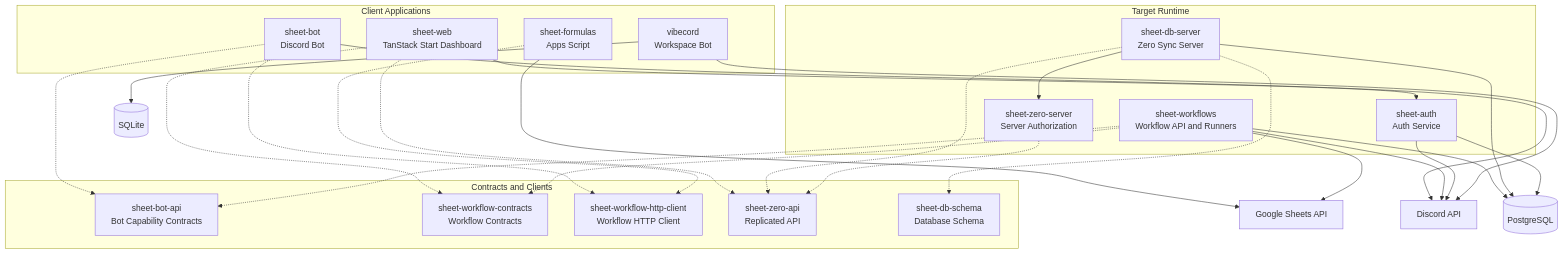
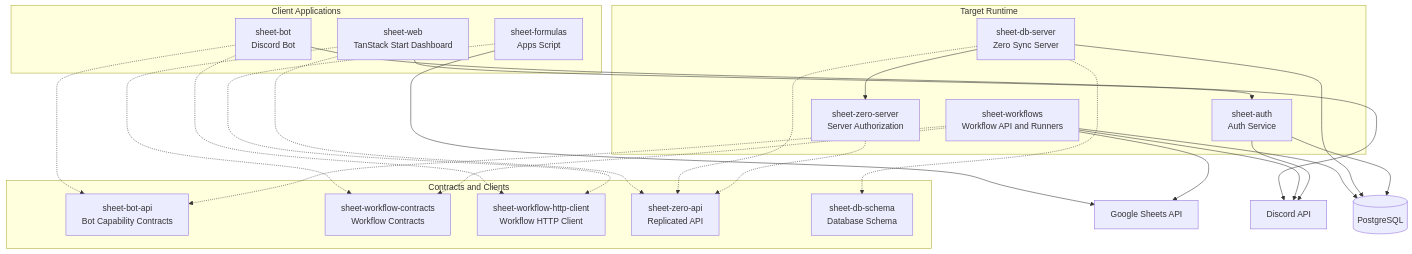
One commit to tiara-stack/tiara-stack changed the diagram in README.md. Above: the diagram before and after it, drawn with Mermaid. The commit also changed other lines of this file and 141 other files, not shown here.

````diff
--- a/README.md
+++ b/README.md
@@ -8,52 +8,48 @@
 ```mermaid
 flowchart TB
     subgraph Clients["Client Applications"]
         Web["sheet-web<br/>TanStack Start Dashboard"]
         Bot["sheet-bot<br/>Discord Bot"]
         Formulas["sheet-formulas<br/>Apps Script"]
-        VibeCord["vibecord<br/>Workspace Bot"]
     end
 
     subgraph Runtime["Target Runtime"]
         Auth["sheet-auth<br/>Auth Service"]
         Workflows["sheet-workflows<br/>Workflow API and Runners"]
         Db["sheet-db-server<br/>Zero Sync Server"]
         ZeroServer["sheet-zero-server<br/>Server Authorization"]
     end
 
     subgraph Contracts["Contracts and Clients"]
         BotApi["sheet-bot-api<br/>Bot Capability Contracts"]
         WorkflowContracts["sheet-workflow-contracts<br/>Workflow Contracts"]
         WorkflowHttp["sheet-workflow-http-client<br/>Workflow HTTP Client"]
         ZeroApi["sheet-zero-api<br/>Replicated API"]
         Schema["sheet-db-schema<br/>Database Schema"]
     end
 
     Google["Google Sheets API"]
     Discord["Discord API"]
     Postgres[("PostgreSQL")]
-    SQLite[("SQLite")]
 
     Web --> Auth
     Web -.-> ZeroApi
     Web -.-> WorkflowContracts
     Bot --> Discord
     Bot -.-> BotApi
     Bot -.-> WorkflowHttp
     Formulas -.-> WorkflowHttp
     Formulas --> Google
     Workflows --> Google
     Workflows --> Discord
     Workflows --> Postgres
     Workflows -.-> WorkflowContracts
     Workflows -.-> BotApi
     Db --> Postgres
     Db --> ZeroServer
     Db -.-> ZeroApi
     Db -.-> Schema
     ZeroServer -.-> ZeroApi
     Auth --> Discord
     Auth --> Postgres
-    VibeCord --> Discord
-    VibeCord --> SQLite
 ```
````
